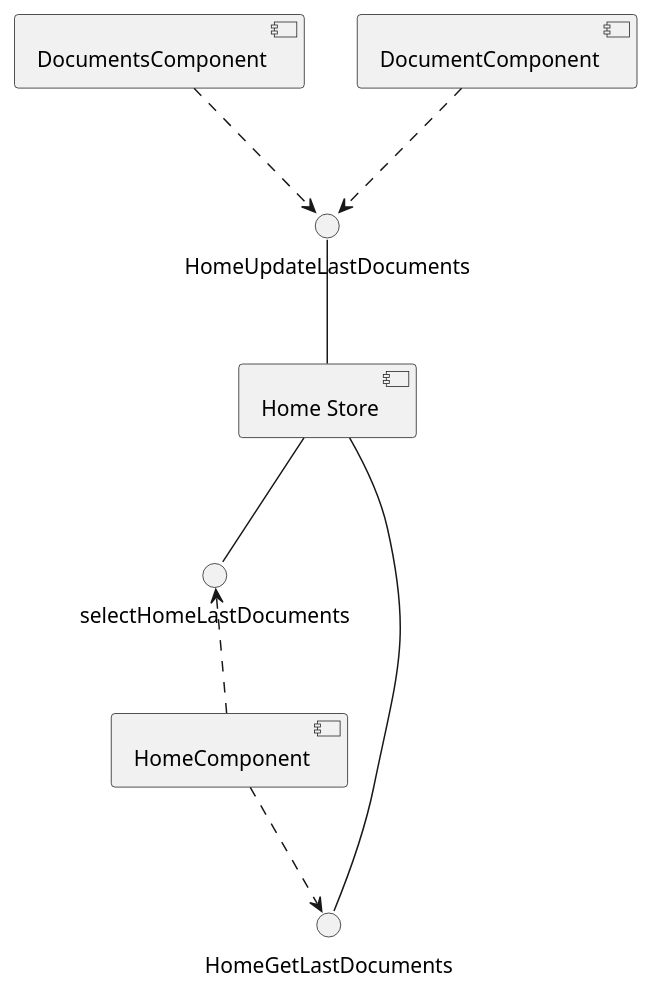
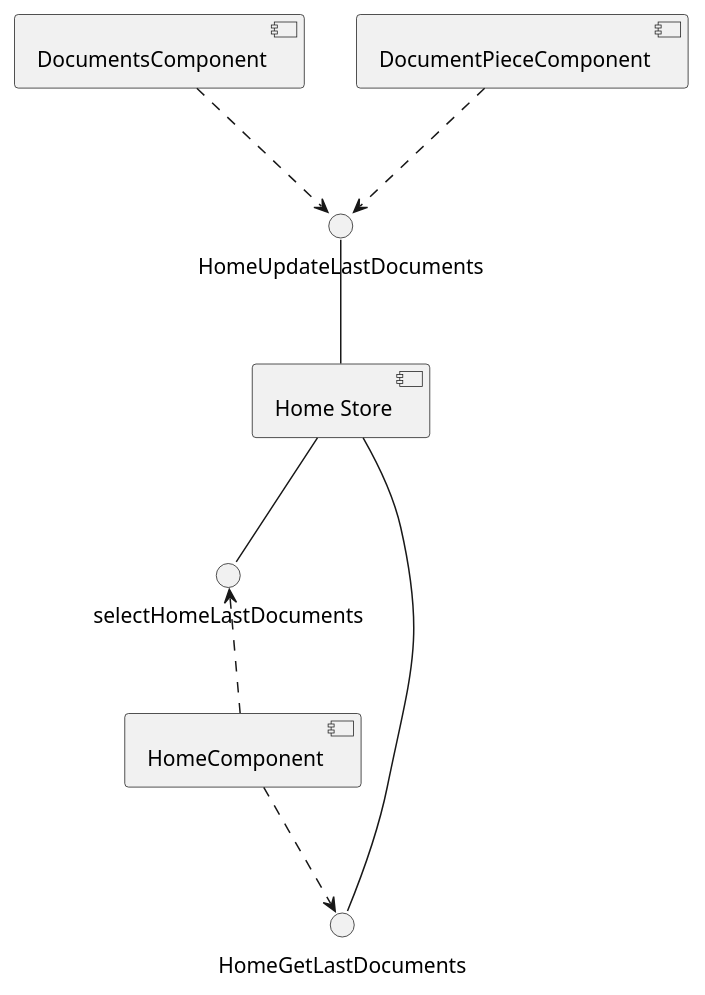
Before and after one commit to HISPAMUS/muret: the third of 17 diagrams in documentation/puml/angular.puml, drawn with PlantUML. The commit also changed other lines of this file and 30 other files, not shown here.

Commit message:
Different document screens are used for the types of documents (incipits, compilations, pieces)

```diff
--- a/documentation/puml/angular.puml
+++ b/documentation/puml/angular.puml
@@ -87,11 +87,11 @@
 @startuml home_store_component
     [Home Store]
     HomeGetLastDocuments -- [Home Store]
     HomeUpdateLastDocuments -- [Home Store]
     [Home Store] -- selectHomeLastDocuments
 
     [HomeComponent] ..> HomeGetLastDocuments
     [DocumentsComponent] ..> HomeUpdateLastDocuments
-    [DocumentComponent] ..> HomeUpdateLastDocuments
+    [DocumentPieceComponent] ..> HomeUpdateLastDocuments
     selectHomeLastDocuments <.. [HomeComponent]
 @enduml
```
